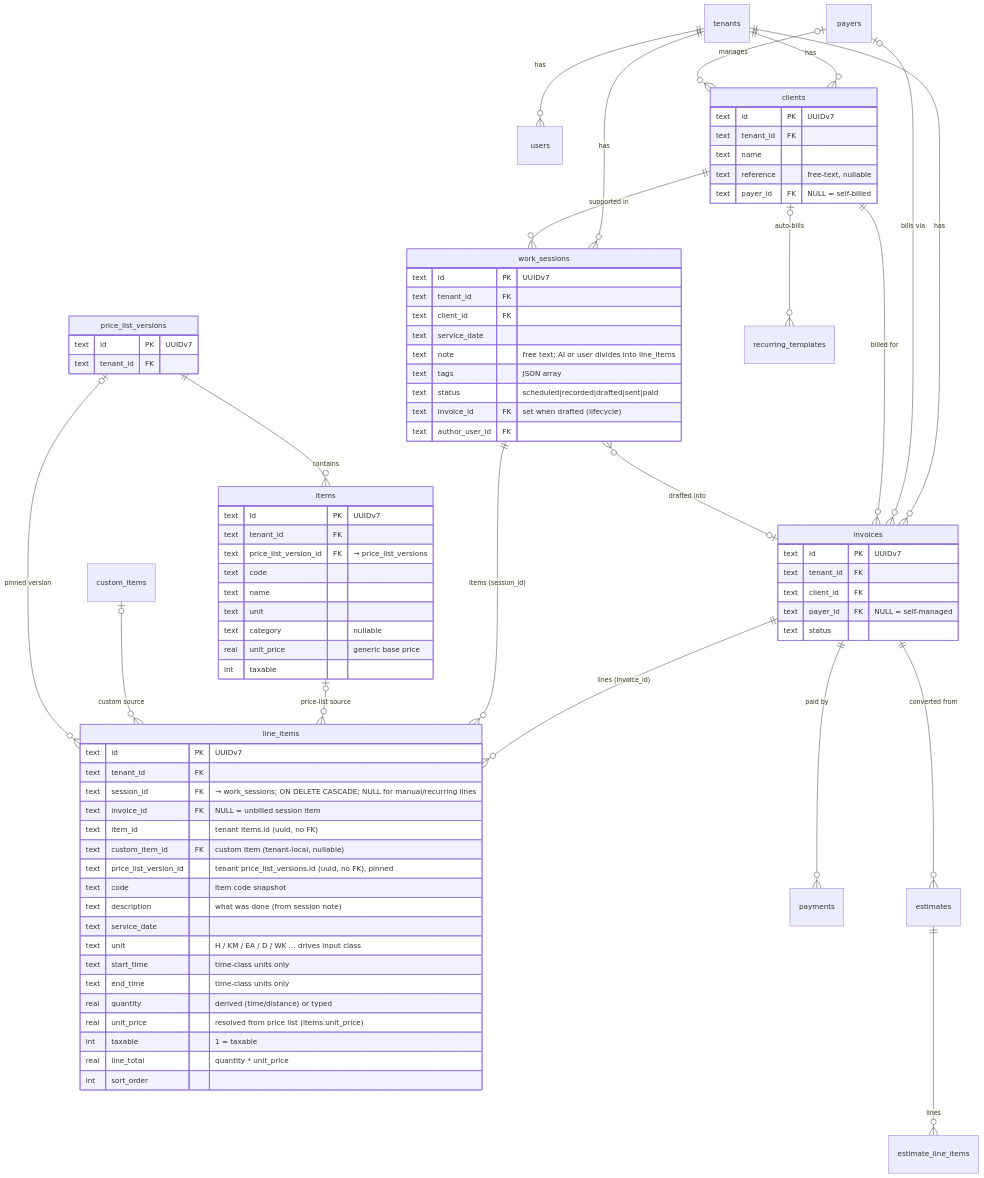
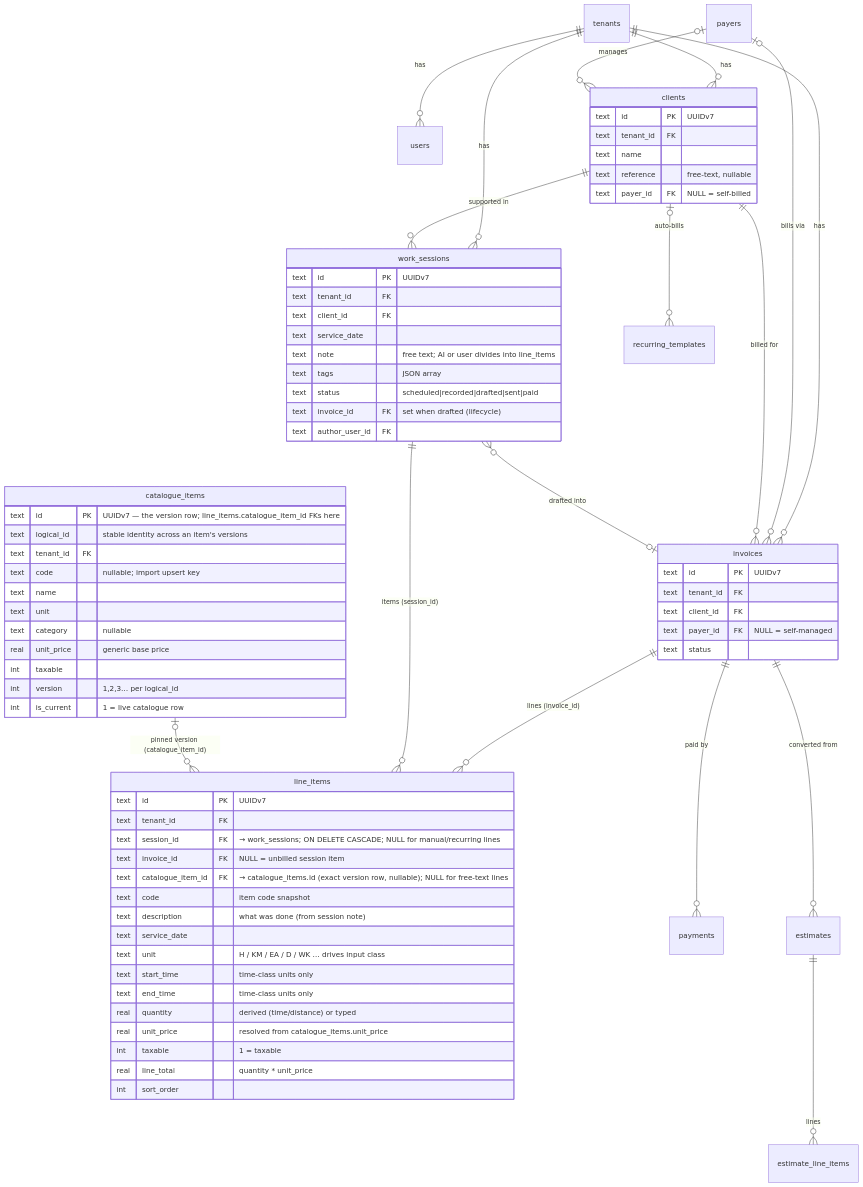
Before and after one commit to dknathalage/tallyo: the diagram in docs/data-model.md, drawn with Mermaid. The commit also changed other lines of this file and 2 other files, not shown here.

First line of the commit message:
docs: catalogue model in CLAUDE.md + data-model.md; trim recurring comment

````diff
--- a/docs/data-model.md
+++ b/docs/data-model.md
@@ -45,14 +45,10 @@
     clients ||--o{ work_sessions : "supported in"
     clients ||--o{ invoices : "billed for"
 
-    price_list_versions ||--o{ items : contains
-
     invoices ||--o{ line_items : "lines (invoice_id)"
     work_sessions ||--o{ line_items : "items (session_id)"
     work_sessions }o--o| invoices : "drafted into"
-    items |o--o{ line_items : "price-list source"
-    custom_items  |o--o{ line_items : "custom source"
-    price_list_versions |o--o{ line_items : "pinned version"
+    catalogue_items |o--o{ line_items : "pinned version (catalogue_item_id)"
 
     invoices ||--o{ payments : "paid by"
     invoices ||--o{ estimates : "converted from"
@@ -64,9 +60,7 @@
         text    tenant_id FK
         text    session_id FK "→ work_sessions; ON DELETE CASCADE; NULL for manual/recurring lines"
         text    invoice_id FK "NULL = unbilled session item"
-        text    item_id "tenant items.id (uuid, no FK)"
-        text    custom_item_id  FK "custom item (tenant-local, nullable)"
-        text    price_list_version_id "tenant price_list_versions.id (uuid, no FK), pinned"
+        text    catalogue_item_id FK "→ catalogue_items.id (exact version row, nullable); NULL for free-text lines"
         text    code "item code snapshot"
         text    description "what was done (from session note)"
         text    service_date
@@ -74,7 +68,7 @@
         text    start_time "time-class units only"
         text    end_time   "time-class units only"
         real    quantity "derived (time/distance) or typed"
-        real    unit_price "resolved from price list (items.unit_price)"
+        real    unit_price "resolved from catalogue_items.unit_price"
         int     taxable "1 = taxable"
         real    line_total "quantity * unit_price"
         int     sort_order
@@ -108,20 +102,17 @@
         text payer_id FK "NULL = self-billed"
     }
 
-    price_list_versions {
-        text id PK "UUIDv7"
+    catalogue_items {
+        text id PK "UUIDv7 — the version row; line_items.catalogue_item_id FKs here"
+        text logical_id "stable identity across an item's versions"
         text tenant_id FK
-    }
-
-    items {
-        text id PK "UUIDv7"
-        text tenant_id FK
-        text price_list_version_id FK "→ price_list_versions"
-        text code
+        text code "nullable; import upsert key"
         text name
         text unit
         text category "nullable"
         real unit_price "generic base price"
         int  taxable
+        int  version "1,2,3… per logical_id"
+        int  is_current "1 = live catalogue row"
     }
 ```
````
